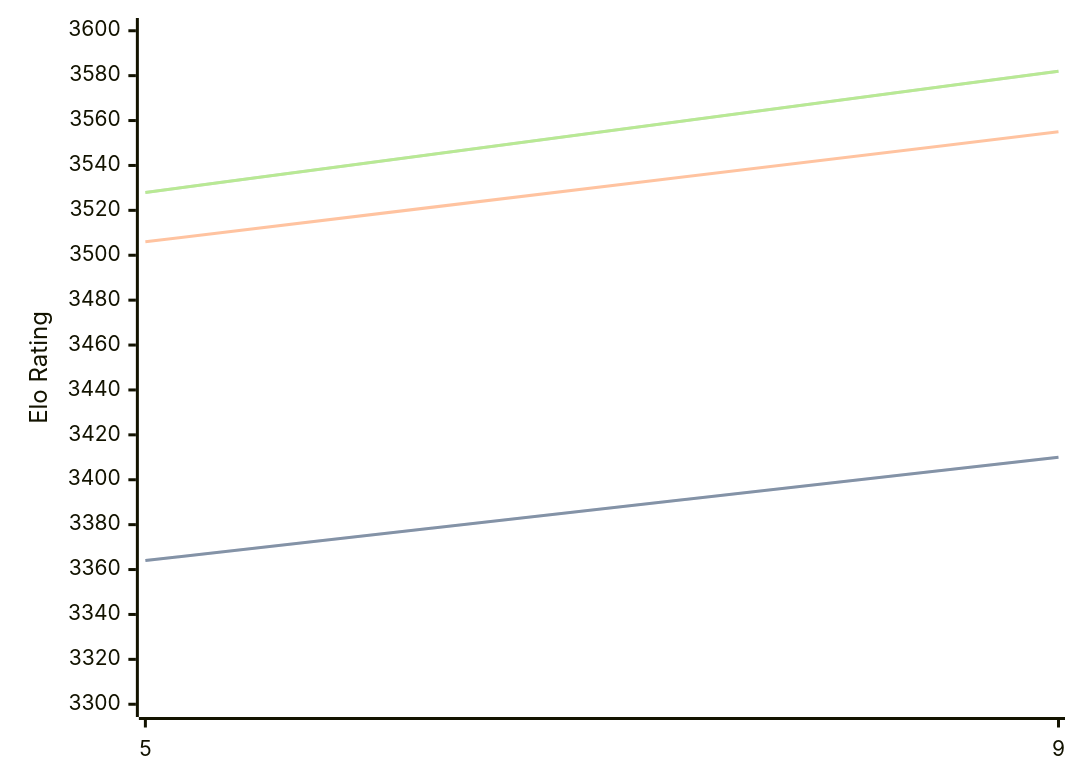
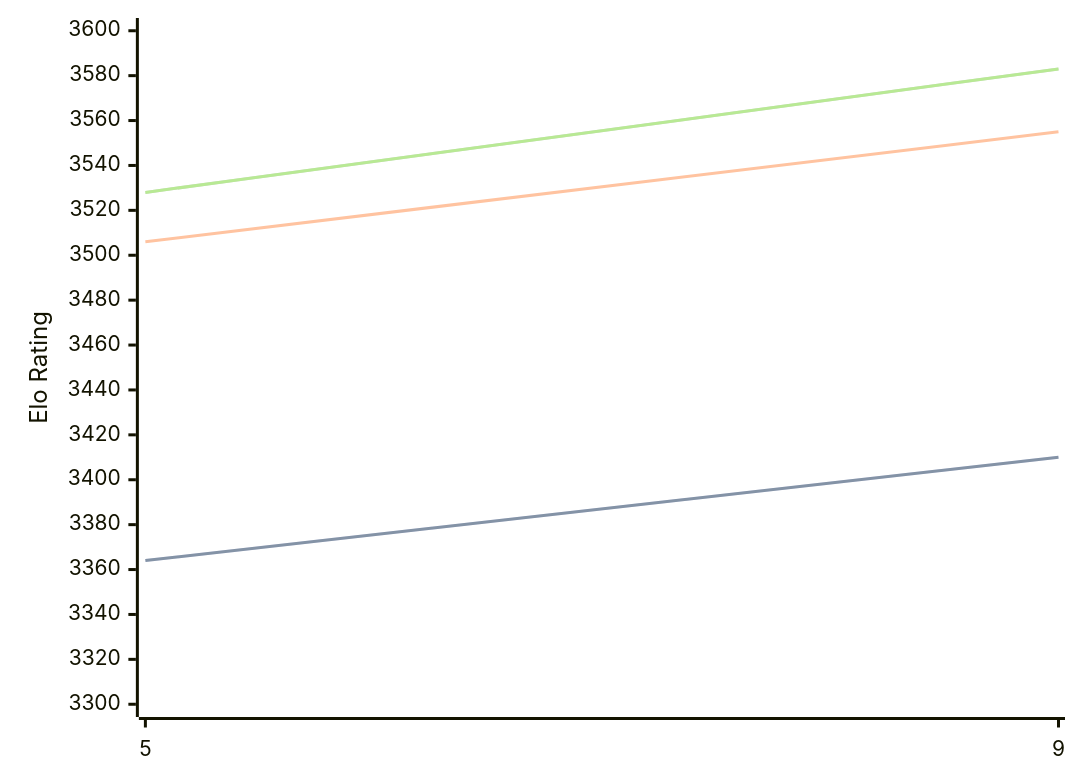
The third of 3 diagrams in engines/Crystal.md (computer-chess-index/cci), drawn with Mermaid before and after one commit. The commit also changed other lines of this file, not shown here.

Commit message:
Update CCI Ratings (ELO VLTC) - 2026-07-18

````diff
--- a/engines/Crystal.md
+++ b/engines/Crystal.md
@@ -93,11 +93,11 @@
 ```mermaid
 %%{init: {"theme":"base","themeVariables":{"seriesColors:['#a3a3a3','#222221','#faa371']}}}%%
 xychart-beta
   x-axis ["5", "9"]
   y-axis "Elo Rating" 3300 --> 3600
   line "STC (8.0+0.08s)" [3364, 3410]
   line "STC (8.0+0.08s)" [3364, 3410]
   line "LTC (60.0+0.60s)" [3506, 3555]
-  line "VLTC (2m24s+1.12s)" [3528, 3582]
-  line "VLTC (2m24s+1.12s)" [3528, 3582]
+  line "VLTC (2m24s+1.12s)" [3528, 3583]
+  line "VLTC (2m24s+1.12s)" [3528, 3583]
 ```
````
